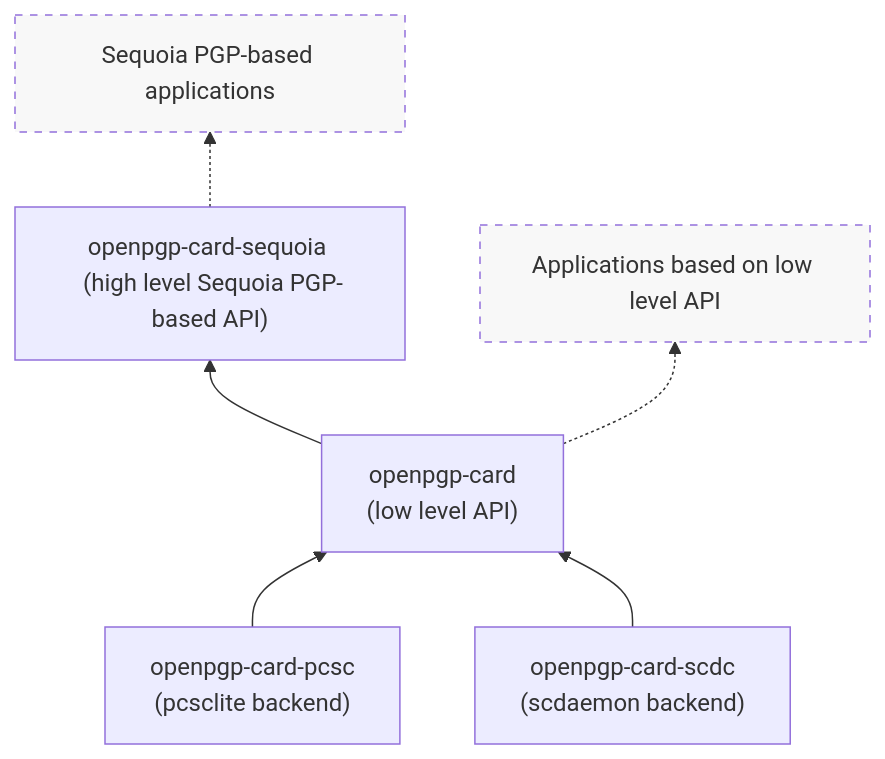
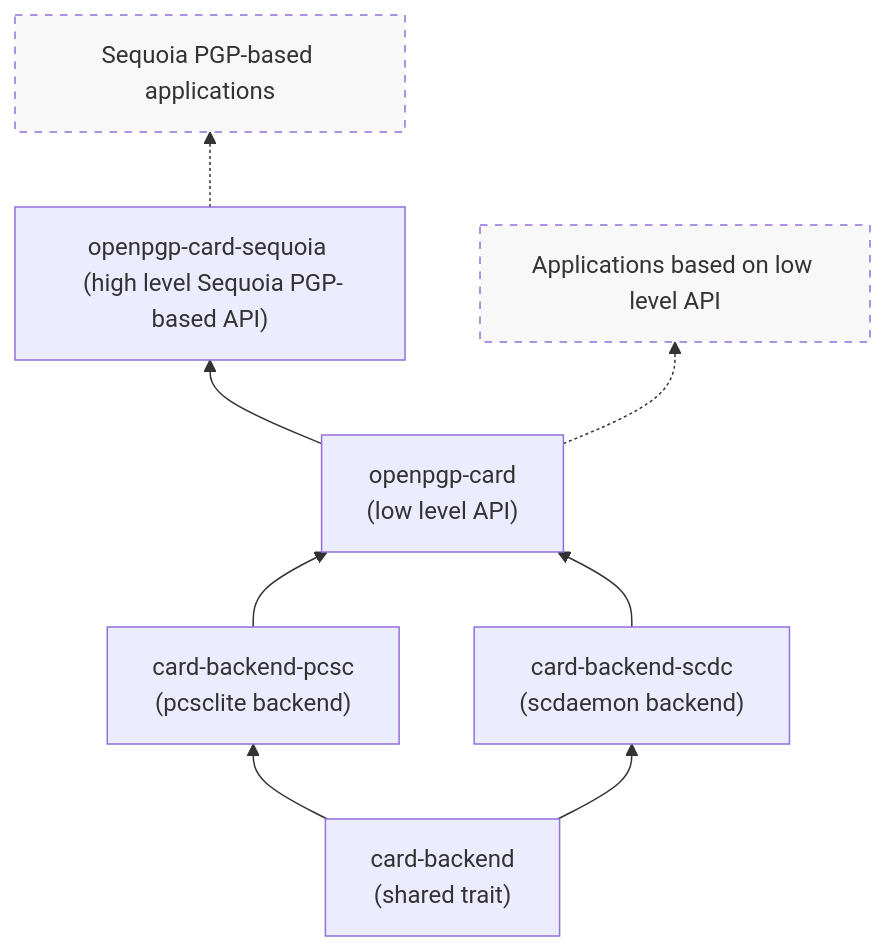
The diagram in README.md (tsprlng/useful-pgp-agent), drawn with Mermaid before and after one commit. The commit also changed other lines of this file, not shown here.

````diff
--- a/README.md
+++ b/README.md
@@ -30,11 +32,13 @@
 ```mermaid
 graph BT
-    OP["openpgp-card-pcsc <br/> (pcsclite backend)"] --> OC
-    OS["openpgp-card-scdc <br/> (scdaemon backend)"] --> OC["openpgp-card <br/> (low level API)"]
+    CB["card-backend <br/> (shared trait)"] --> OP
+    CB --> OS
+    OP["card-backend-pcsc <br/> (pcsclite backend)"] --> OC
+    OS["card-backend-scdc <br/> (scdaemon backend)"] --> OC["openpgp-card <br/> (low level API)"]
     OC --> OCS["openpgp-card-sequoia <br/> (high level Sequoia PGP-based API)"]
     OC -.-> U1[Applications based on low level API]
     OCS -.-> U2[Sequoia PGP-based applications]
 
 classDef userApp fill:#f8f8f8,stroke-dasharray: 5 5;
 class U1,U2 userApp;
 ```
````
